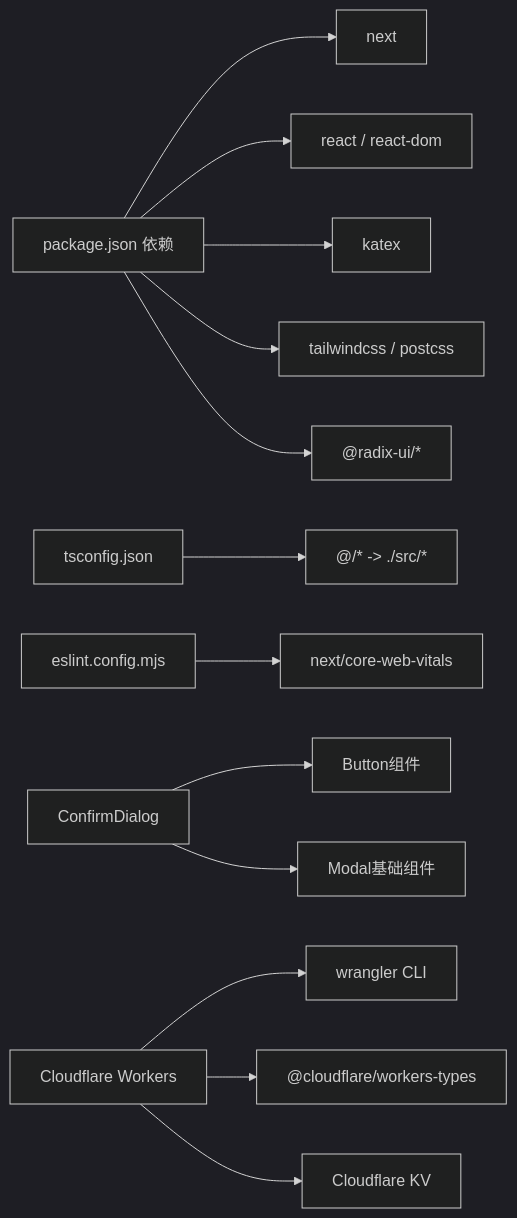
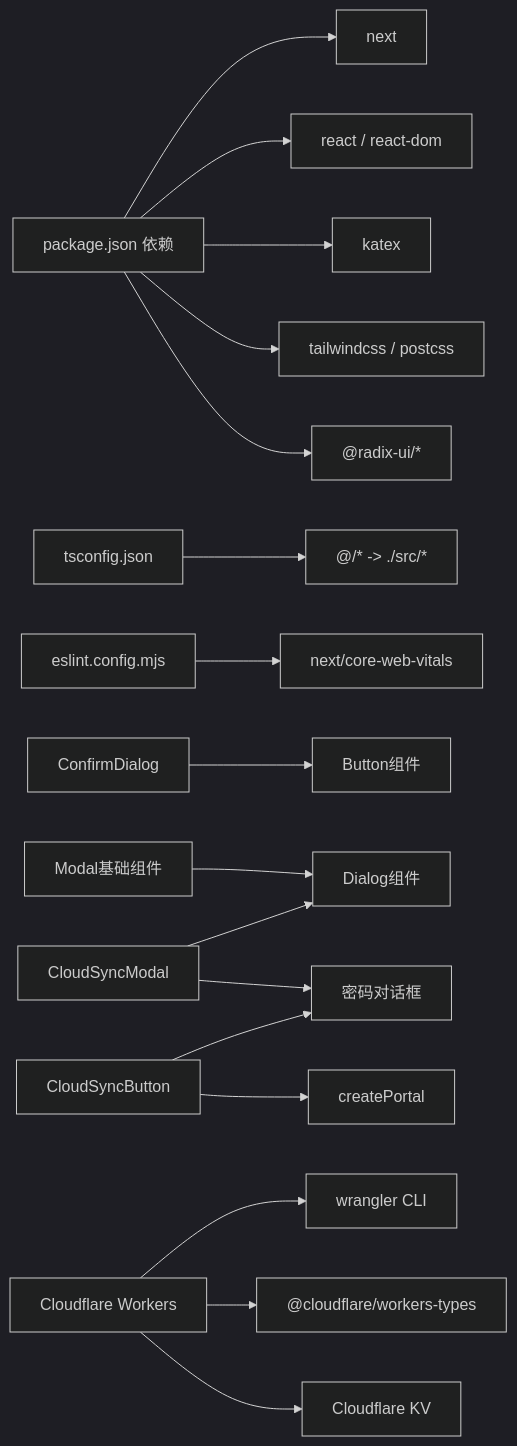
Before and after one commit to steveyu2/formula-mapper: diagram 18 of 18 in .qoder/repowiki/zh/content/开发者指南/开发者指南.md, drawn with Mermaid (dark theme). The commit also changed other lines of this file and 2 other files, not shown here.

````diff
--- a/.qoder/repowiki/zh/content/开发者指南/开发者指南.md
+++ b/.qoder/repowiki/zh/content/开发者指南/开发者指南.md
@@ -709,15 +774,19 @@
 ```mermaid
 graph LR
 Pkg["package.json 依赖"] --> Next["next"]
 Pkg --> React["react / react-dom"]
 Pkg --> KaTeX["katex"]
 Pkg --> Tailwind["tailwindcss / postcss"]
 Pkg --> Radix["@radix-ui/*"]
 TS["tsconfig.json"] --> PathAlias["@/* -> ./src/*"]
 ESL["eslint.config.mjs"] --> NextEslint["next/core-web-vitals"]
 CD["ConfirmDialog"] --> BTN["Button组件"]
-CD --> MOD["Modal基础组件"]
+MOD["Modal基础组件"] --> DIALOG["Dialog组件"]
+CSM["CloudSyncModal"] --> DIALOG
+CSM --> PASSWORD["密码对话框"]
+CSB["CloudSyncButton"] --> PORTAL["createPortal"]
+CSB --> PASSWORD
 CFW["Cloudflare Workers"] --> Wrangler["wrangler CLI"]
 CFW --> WorkersTypes["@cloudflare/workers-types"]
 CFW --> KV["Cloudflare KV"]
 ```
````
